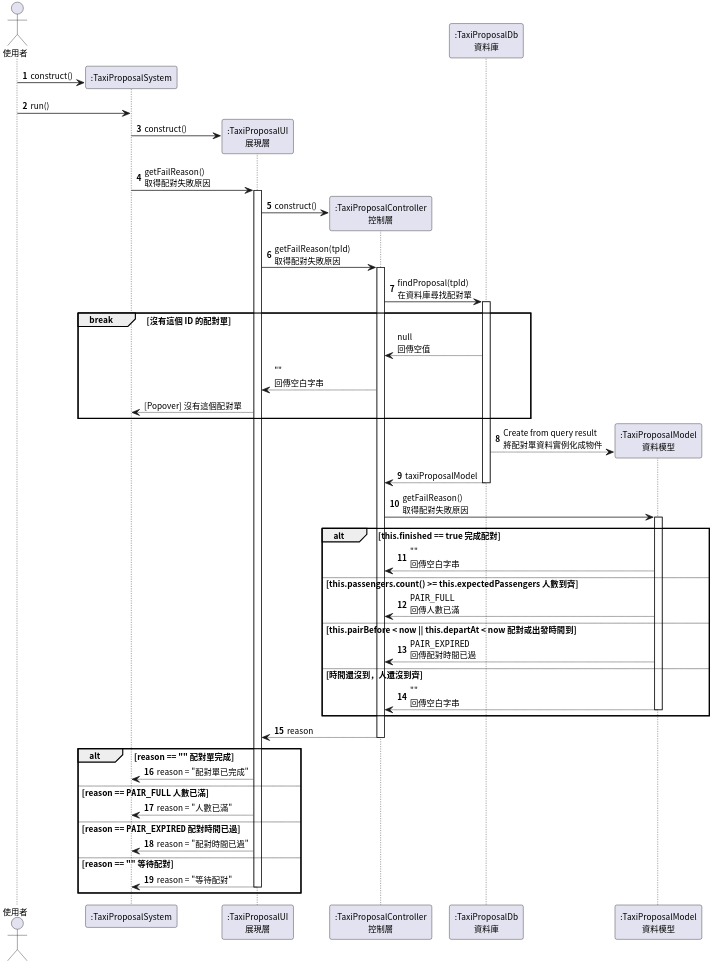
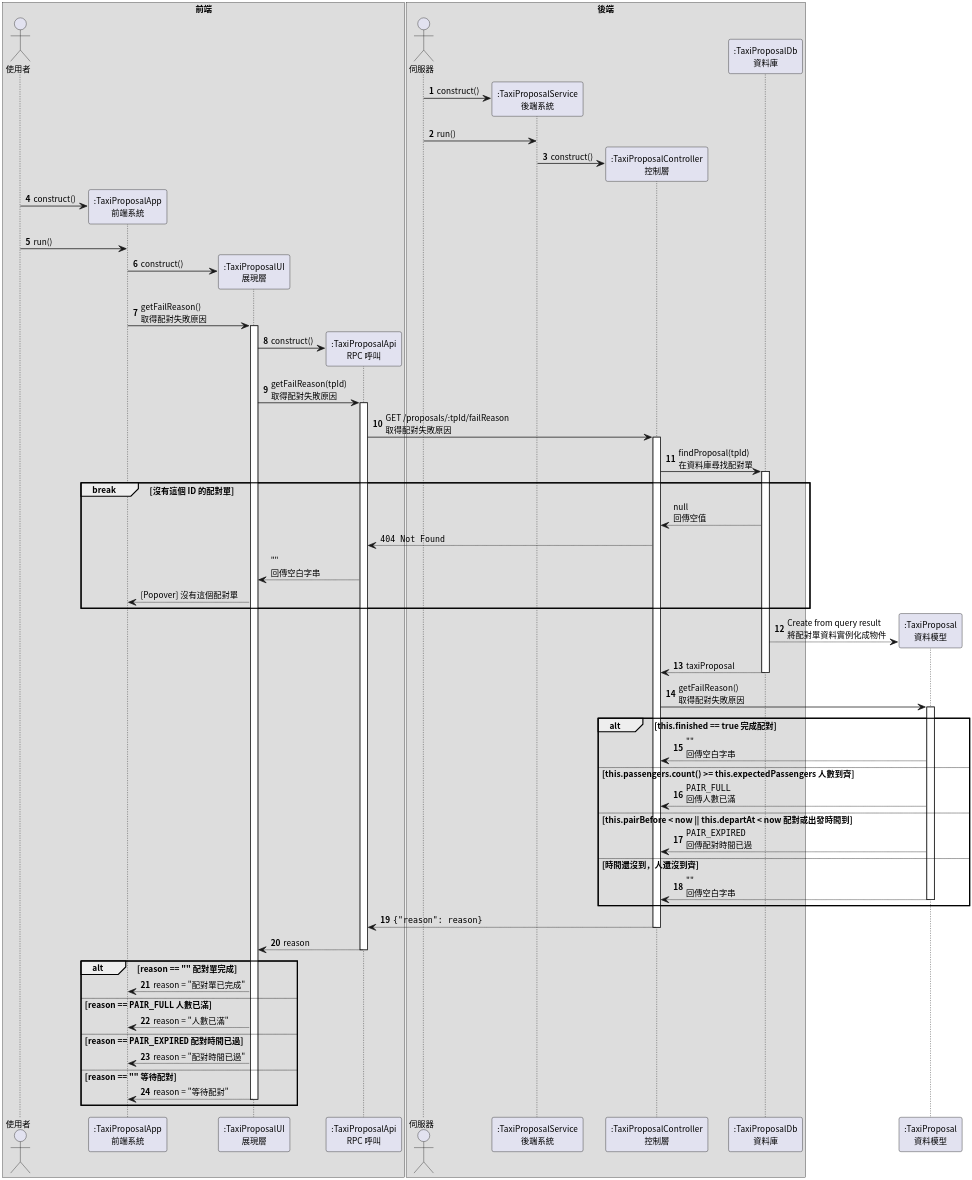
The third of 6 diagrams in semester-4/system-analysis/localized/sequence-diagram.plantuml (pan93412/nkust-homework), drawn with PlantUML before and after one commit. The commit also changed other lines of this file, not shown here.

Commit message:
s4: system-analysis: class-diagram: Refactor

```diff
--- a/semester-4/system-analysis/localized/sequence-diagram.plantuml
+++ b/semester-4/system-analysis/localized/sequence-diagram.plantuml
@@ -109,63 +148,82 @@
 @startuml TaxiProposalGetFailReason
 
 autonumber
 skinparam dpi 300
 skinparam linetype ortho
 skinparam defaultFontSize 11
 skinparam defaultFontName "Noto Sans CJK TC"
 
+box 前端
 actor Requester as "使用者"
-participant TaxiProposalSystem as ":TaxiProposalSystem"
+
+participant TaxiProposalApp as ":TaxiProposalApp\n前端系統"
 participant TaxiProposalUI as ":TaxiProposalUI\n展現層"
+participant TaxiProposalApi as ":TaxiProposalApi\nRPC 呼叫"
+end box
+
+box 後端
+actor Server as "伺服器"
+
+participant TaxiProposalService as ":TaxiProposalService\n後端系統"
 participant TaxiProposalController as ":TaxiProposalController\n控制層"
+participant TaxiProposal as ":TaxiProposal\n資料模型"
 participant TaxiProposalDb as ":TaxiProposalDb\n資料庫"
+end box
 
-Requester -> TaxiProposalSystem **: construct()
-Requester -> TaxiProposalSystem: run()
+participant TaxiProposal as ":TaxiProposal\n資料模型"
 
-TaxiProposalSystem -> TaxiProposalUI **: construct()
-TaxiProposalSystem -> TaxiProposalUI ++: getFailReason()\n取得配對失敗原因
+Server -> TaxiProposalService **: construct()
+Server -> TaxiProposalService: run()
+TaxiProposalService -> TaxiProposalController **: construct()
 
-TaxiProposalUI -> TaxiProposalController **: construct()
-TaxiProposalUI -> TaxiProposalController ++: getFailReason(tpId)\n取得配對失敗原因
+Requester -> TaxiProposalApp **: construct()
+Requester -> TaxiProposalApp: run()
+
+TaxiProposalApp -> TaxiProposalUI **: construct()
+TaxiProposalApp -> TaxiProposalUI ++: getFailReason()\n取得配對失敗原因
+
+TaxiProposalUI -> TaxiProposalApi **: construct()
+TaxiProposalUI -> TaxiProposalApi ++: getFailReason(tpId)\n取得配對失敗原因
+TaxiProposalApi -> TaxiProposalController ++: GET /proposals/:tpId/failReason\n取得配對失敗原因
 
 TaxiProposalController -> TaxiProposalDb ++: findProposal(tpId)\n在資料庫尋找配對單
 
 break 沒有這個 ID 的配對單
     autonumber stop
     TaxiProposalController <-- TaxiProposalDb: null\n回傳空值
-    TaxiProposalUI <-- TaxiProposalController: ""\n回傳空白字串
-    TaxiProposalSystem <-- TaxiProposalUI: [Popover] 沒有這個配對單
+    TaxiProposalApi <-- TaxiProposalController: ""404 Not Found""
+    TaxiProposalUI <-- TaxiProposalApi: ""\n回傳空白字串
+    TaxiProposalApp <-- TaxiProposalUI: [Popover] 沒有這個配對單
 end
 
 autonumber resume
 
-create participant TaxiProposalModel as ":TaxiProposalModel\n資料模型"
-TaxiProposalDb --> TaxiProposalModel: Create from query result\n將配對單資料實例化成物件
-return taxiProposalModel
+TaxiProposalDb --> TaxiProposal **: Create from query result\n將配對單資料實例化成物件
+return taxiProposal
 
-TaxiProposalController -> TaxiProposalModel ++: getFailReason()\n取得配對失敗原因
+TaxiProposalController -> TaxiProposal ++: getFailReason()\n取得配對失敗原因
 
 alt this.finished == true 完成配對
-    TaxiProposalController <-- TaxiProposalModel: ""\n回傳空白字串
+    TaxiProposalController <-- TaxiProposal: ""\n回傳空白字串
 else this.passengers.count() >= this.expectedPassengers 人數到齊
-    TaxiProposalController <-- TaxiProposalModel: ""PAIR_FULL""\n回傳人數已滿
+    TaxiProposalController <-- TaxiProposal: ""PAIR_FULL""\n回傳人數已滿
 else this.pairBefore < now || this.departAt < now 配對或出發時間到
-    TaxiProposalController <-- TaxiProposalModel: ""PAIR_EXPIRED""\n回傳配對時間已過
+    TaxiProposalController <-- TaxiProposal: ""PAIR_EXPIRED""\n回傳配對時間已過
 else 時間還沒到，人還沒到齊
-    TaxiProposalController <-- TaxiProposalModel --: ""\n回傳空白字串
+    TaxiProposalController <-- TaxiProposal --: ""\n回傳空白字串
 end
 
+return ""{"reason": reason}""
 return reason
 
 alt reason == "" 配對單完成
-    TaxiProposalSystem <-- TaxiProposalUI: reason = "配對單已完成"
+    TaxiProposalApp <-- TaxiProposalUI: reason = "配對單已完成"
 else reason == ""PAIR_FULL"" 人數已滿
-    TaxiProposalSystem <-- TaxiProposalUI: reason = "人數已滿"
+    TaxiProposalApp <-- TaxiProposalUI: reason = "人數已滿"
 else reason == ""PAIR_EXPIRED"" 配對時間已過
-    TaxiProposalSystem <-- TaxiProposalUI: reason = "配對時間已過"
+    TaxiProposalApp <-- TaxiProposalUI: reason = "配對時間已過"
 else reason == "" 等待配對
-    TaxiProposalSystem <-- TaxiProposalUI --: reason = "等待配對"
+    TaxiProposalApp <-- TaxiProposalUI --: reason = "等待配對"
 end
 
 @enduml TaxiProposalGetFailReason
```
